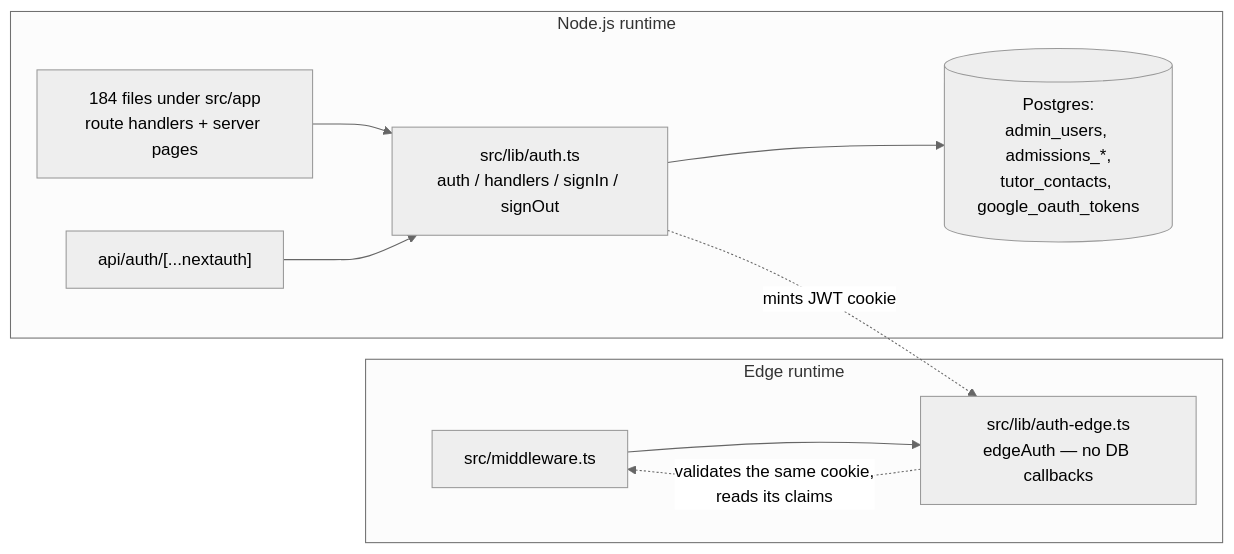
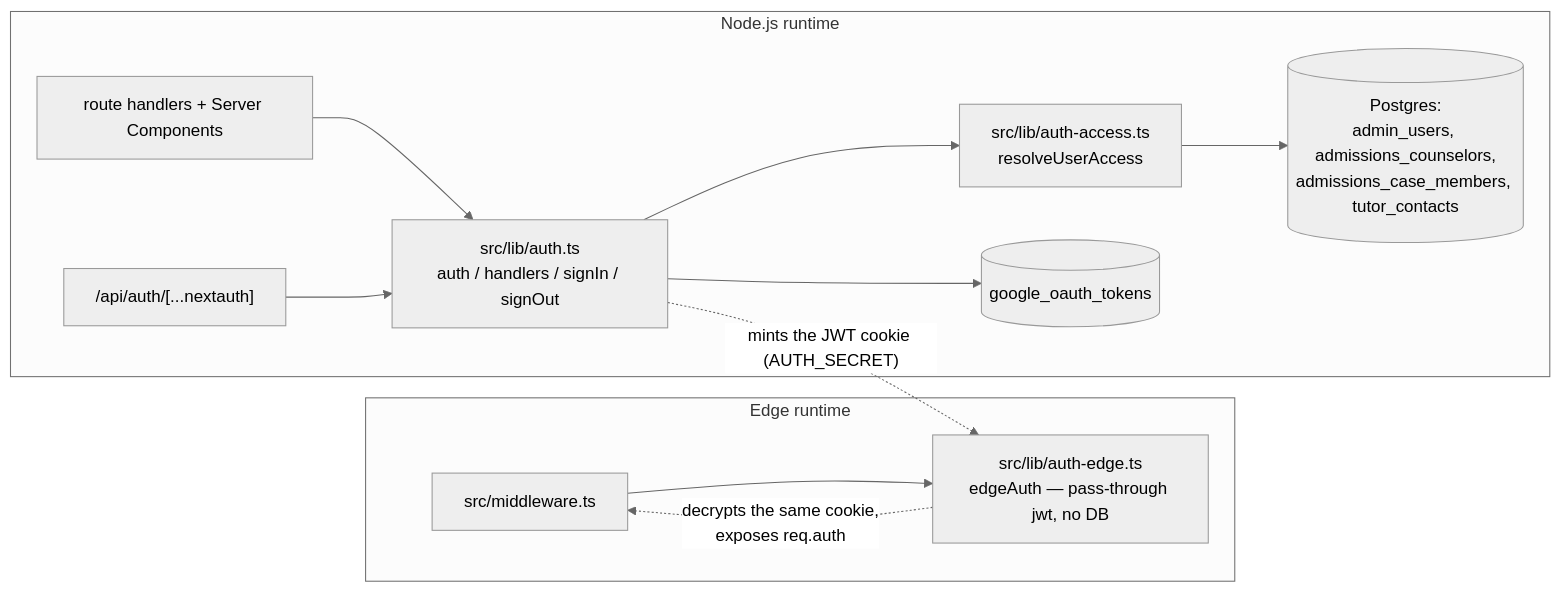
The second of 3 diagrams in docs/operations/auth-and-access.md (kasheesh711/bgscheduler), drawn with Mermaid (neutral theme) before and after one commit. The commit also changed other lines of this file and 95 other files, not shown here.

````diff
--- a/docs/operations/auth-and-access.md
+++ b/docs/operations/auth-and-access.md
@@ -142,13 +157,15 @@
 ```mermaid
 flowchart LR
     subgraph Edge["Edge runtime"]
-      MW["src/middleware.ts"] --> EA["src/lib/auth-edge.ts<br/>edgeAuth — no DB callbacks"]
+      MW["src/middleware.ts"] --> EA["src/lib/auth-edge.ts<br/>edgeAuth — pass-through jwt, no DB"]
     end
     subgraph Node["Node.js runtime"]
-      RT["184 files under src/app<br/>route handlers + server pages"] --> NA["src/lib/auth.ts<br/>auth / handlers / signIn / signOut"]
-      NX["api/auth/[...nextauth]"] --> NA
-      NA --> DB[("Postgres:<br/>admin_users, admissions_*,<br/>tutor_contacts, google_oauth_tokens")]
+      RT["route handlers + Server Components"] --> NA["src/lib/auth.ts<br/>auth / handlers / signIn / signOut"]
+      NX["/api/auth/[...nextauth]"] --> NA
+      NA --> AA["src/lib/auth-access.ts<br/>resolveUserAccess"]
+      AA --> DB[("Postgres:<br/>admin_users, admissions_counselors,<br/>admissions_case_members, tutor_contacts")]
+      NA --> GT[("google_oauth_tokens")]
     end
-    NA -. "mints JWT cookie" .-> EA
-    EA -. "validates the same cookie,<br/>reads its claims" .-> MW
+    NA -. "mints the JWT cookie (AUTH_SECRET)" .-> EA
+    EA -. "decrypts the same cookie,<br/>exposes req.auth" .-> MW
 ```
````
